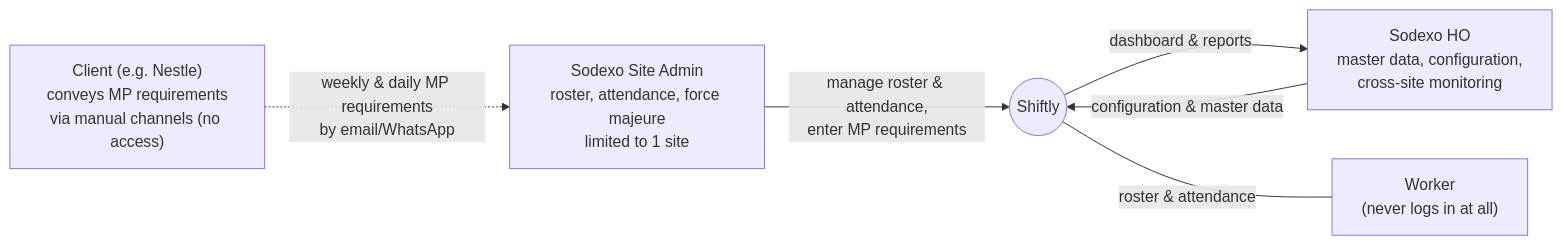
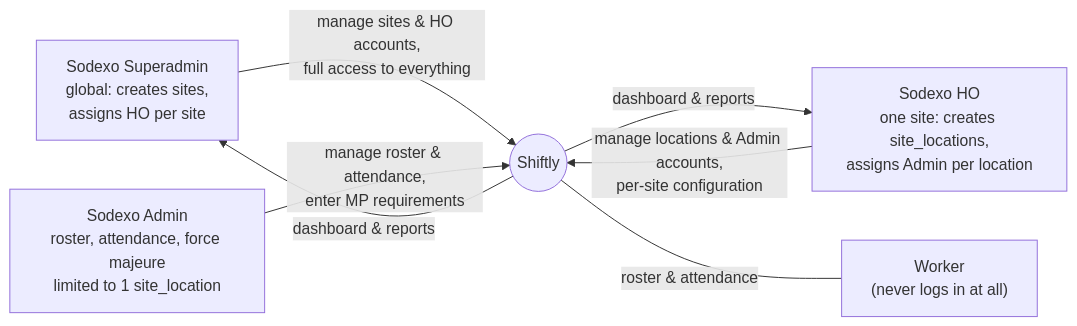
One commit to XOIntern/Shiftly changed the first of 5 diagrams in docs/architecture.md. Above: the diagram before and after it, drawn with Mermaid. The commit also changed other lines of this file, not shown here.

First line of the commit message:
docs(architecture): revise domain model per Oct 2026 redesign

````diff
--- a/docs/architecture.md
+++ b/docs/architecture.md
@@ -25,15 +27,15 @@
 ```mermaid
 graph LR
-    C["Client (e.g. Nestle)<br/>conveys MP requirements<br/>via manual channels (no access)"]
-    AS["Sodexo Site Admin<br/>roster, attendance, force majeure<br/>limited to 1 site"]
-    HO["Sodexo HO<br/>master data, configuration,<br/>cross-site monitoring"]
+    SA["Sodexo Superadmin<br/>global: creates sites,<br/>assigns HO per site"]
+    HO["Sodexo HO<br/>one site: creates site_locations,<br/>assigns Admin per location"]
+    AS["Sodexo Admin<br/>roster, attendance, force majeure<br/>limited to 1 site_location"]
 
     S(("Shiftly"))
 
-    C -.->|weekly & daily MP requirements<br/>by email/WhatsApp| AS
+    SA -->|manage sites & HO accounts,<br/>full access to everything| S
+    HO -->|manage locations & Admin accounts,<br/>per-site configuration| S
     AS -->|manage roster & attendance,<br/>enter MP requirements| S
-    HO -->|configuration & master data| S
-    S -->|dashboard & reports| HO
+    S -->|dashboard & reports| HO & SA
 
     S ---|roster & attendance| W["Worker<br/>(never logs in at all)"]
 ```
````
